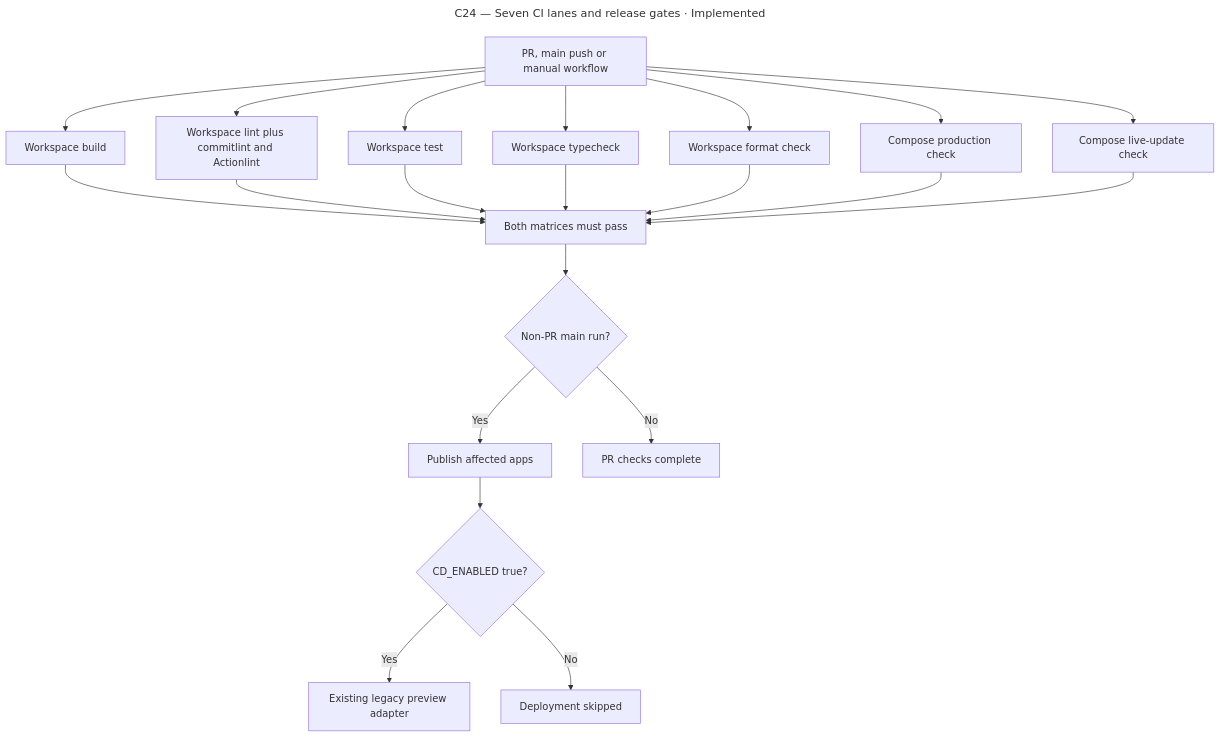
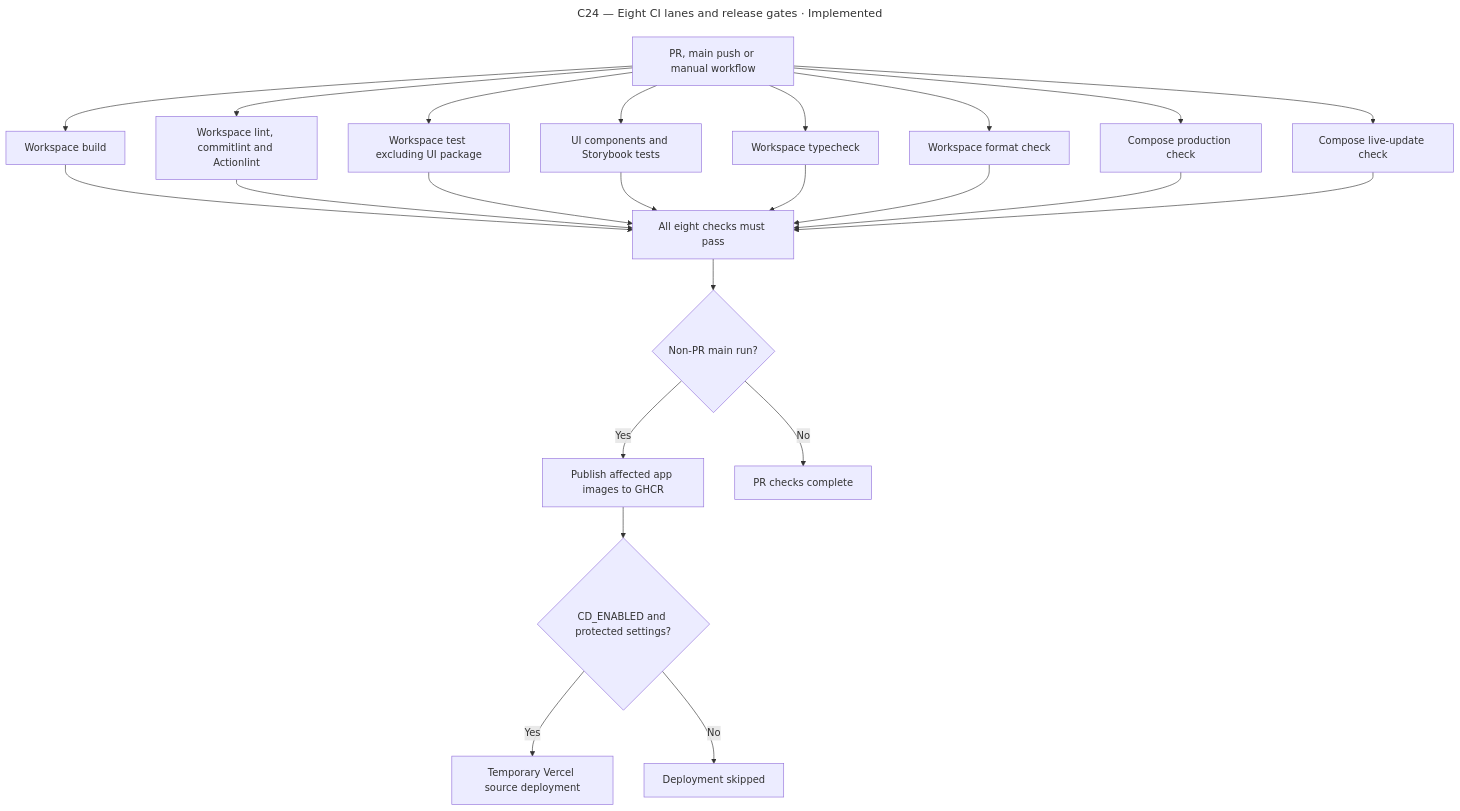
Before and after one commit to ashvir99260/flowboard: the diagram in docs/diagrams/sources/c24-seven-ci-lanes-and-release-gates.mmd, drawn with Mermaid. The commit also changed 42 other files, not shown here.

Commit message:
docs: reconcile architecture with deployed services

```diff
--- a/docs/diagrams/sources/c24-seven-ci-lanes-and-release-gates.mmd
+++ b/docs/diagrams/sources/c24-seven-ci-lanes-and-release-gates.mmd
@@ -1,24 +1,26 @@
 ---
-title: "C24 — Seven CI lanes and release gates · Implemented"
+title: "C24 — Eight CI lanes and release gates · Implemented"
 ---
 flowchart TD
   Trigger[PR, main push or manual workflow] --> Build[Workspace build]
-  Trigger --> Lint[Workspace lint plus commitlint and Actionlint]
-  Trigger --> Test[Workspace test]
+  Trigger --> Lint[Workspace lint, commitlint and Actionlint]
+  Trigger --> Test[Workspace test excluding UI package]
+  Trigger --> UI[UI components and Storybook tests]
   Trigger --> Types[Workspace typecheck]
   Trigger --> Format[Workspace format check]
   Trigger --> Prod[Compose production check]
   Trigger --> Dev[Compose live-update check]
-  Build --> Join[Both matrices must pass]
+  Build --> Join[All eight checks must pass]
   Lint --> Join
   Test --> Join
+  UI --> Join
   Types --> Join
   Format --> Join
   Prod --> Join
   Dev --> Join
   Join --> MainOnly{Non-PR main run?}
-  MainOnly -->|Yes| Publish[Publish affected apps]
+  MainOnly -->|Yes| Publish[Publish affected app images to GHCR]
   MainOnly -->|No| Complete[PR checks complete]
-  Publish --> Enabled{CD_ENABLED true?}
-  Enabled -->|Yes| Legacy[Existing legacy preview adapter]
+  Publish --> Enabled{CD_ENABLED and protected settings?}
+  Enabled -->|Yes| Demo[Temporary Vercel source deployment]
   Enabled -->|No| Skip[Deployment skipped]
```
